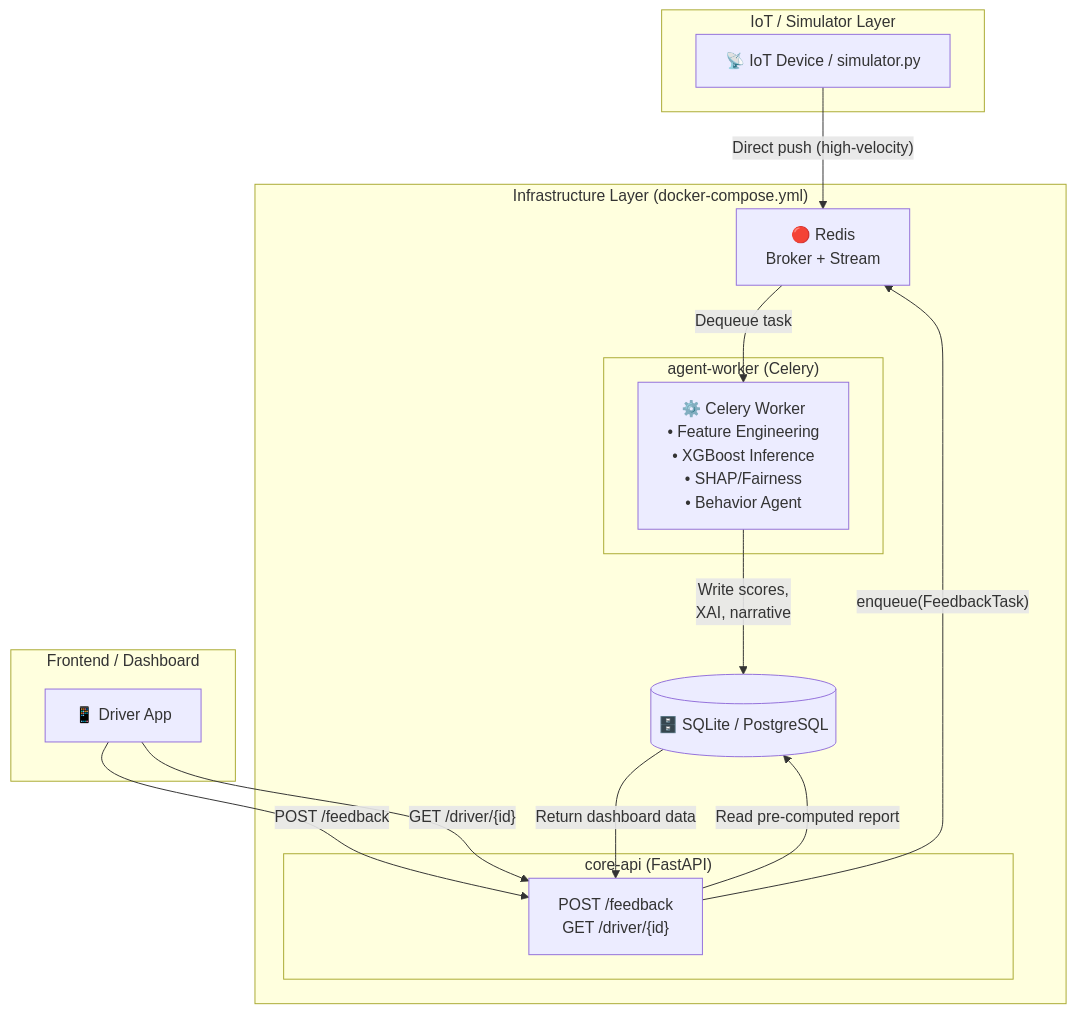
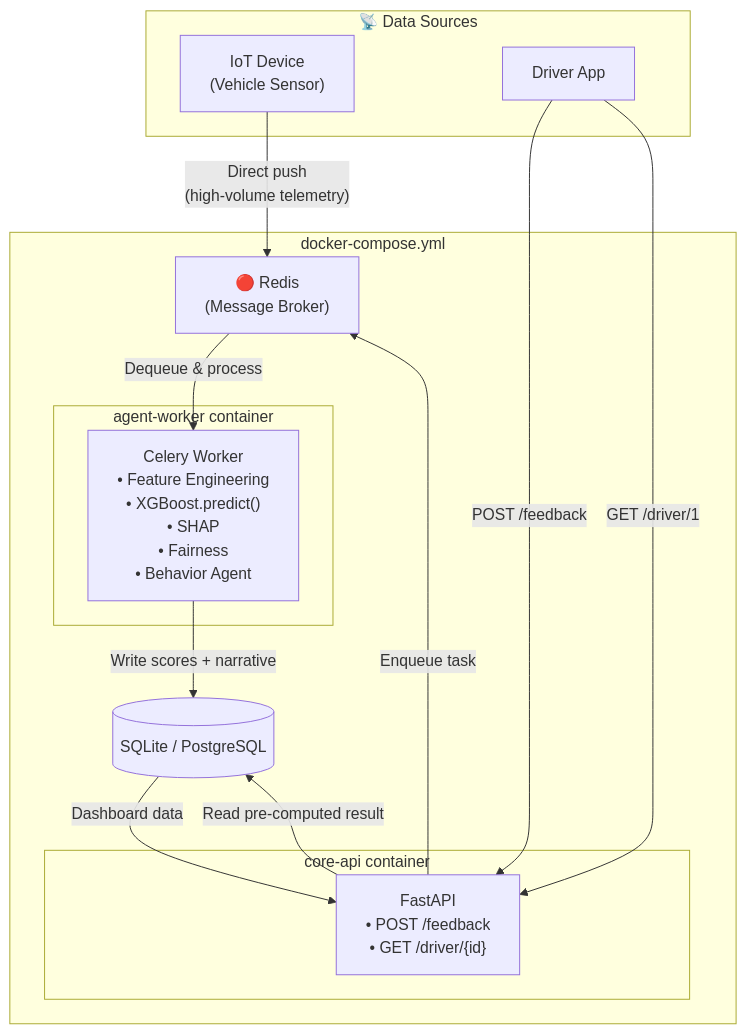
Before and after one commit to Project-Be-Better/learning-ml: diagram 13 of 16 in docs/ml_pipeline_guide.md, drawn with Mermaid. The commit also changed other lines of this file, not shown here.

````diff
--- a/docs/ml_pipeline_guide.md
+++ b/docs/ml_pipeline_guide.md
@@ -346,30 +312,30 @@
 ```mermaid
 flowchart TB
-    subgraph "IoT / Simulator Layer"
-        IOT["📡 IoT Device / simulator.py"]
+    subgraph "📡 Data Sources"
+        IOT["IoT Device\n(Vehicle Sensor)"]
+        APP["Driver App"]
     end
 
-    subgraph "Infrastructure Layer (docker-compose.yml)"
-        REDIS["🔴 Redis\nBroker + Stream"]
-        subgraph "core-api (FastAPI)"
-            API["POST /feedback\nGET /driver/{id}"]
+    subgraph "docker-compose.yml"
+        REDIS["🔴 Redis\n(Message Broker)"]
+
+        subgraph "core-api container"
+            API["FastAPI\n• POST /feedback\n• GET /driver/{id}"]
         end
-        subgraph "agent-worker (Celery)"
-            WORKER["⚙️ Celery Worker\n• Feature Engineering\n• XGBoost Inference\n• SHAP/Fairness\n• Behavior Agent"]
+
+        subgraph "agent-worker container"
+            WORKER["Celery Worker\n• Feature Engineering\n• XGBoost.predict()\n• SHAP\n• Fairness\n• Behavior Agent"]
         end
-        DB[("🗄️ SQLite / PostgreSQL")]
+
+        DB[("SQLite / PostgreSQL")]
     end
 
-    subgraph "Frontend / Dashboard"
-        FE["📱 Driver App"]
-    end
-
-    IOT -->|"Direct push (high-velocity)"| REDIS
-    FE -->|"POST /feedback"| API
-    API -->|"enqueue(FeedbackTask)"| REDIS
-    REDIS -->|"Dequeue task"| WORKER
-    WORKER -->|"Write scores,\nXAI, narrative"| DB
-    FE -->|"GET /driver/{id}"| API
-    API -->|"Read pre-computed report"| DB
-    DB -->|"Return dashboard data"| API
+    IOT -->|"Direct push\n(high-volume telemetry)"| REDIS
+    APP -->|"POST /feedback"| API
+    API -->|"Enqueue task"| REDIS
+    REDIS -->|"Dequeue & process"| WORKER
+    WORKER -->|"Write scores + narrative"| DB
+    APP -->|"GET /driver/1"| API
+    API -->|"Read pre-computed result"| DB
+    DB -->|"Dashboard data"| API
 ```
````
